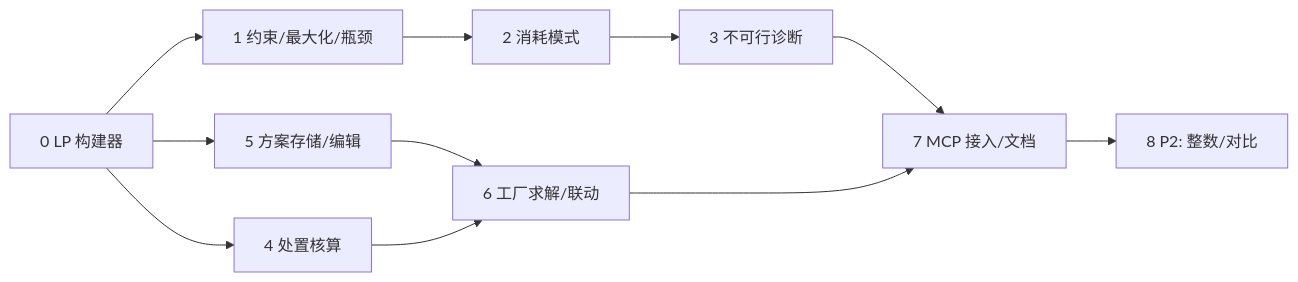
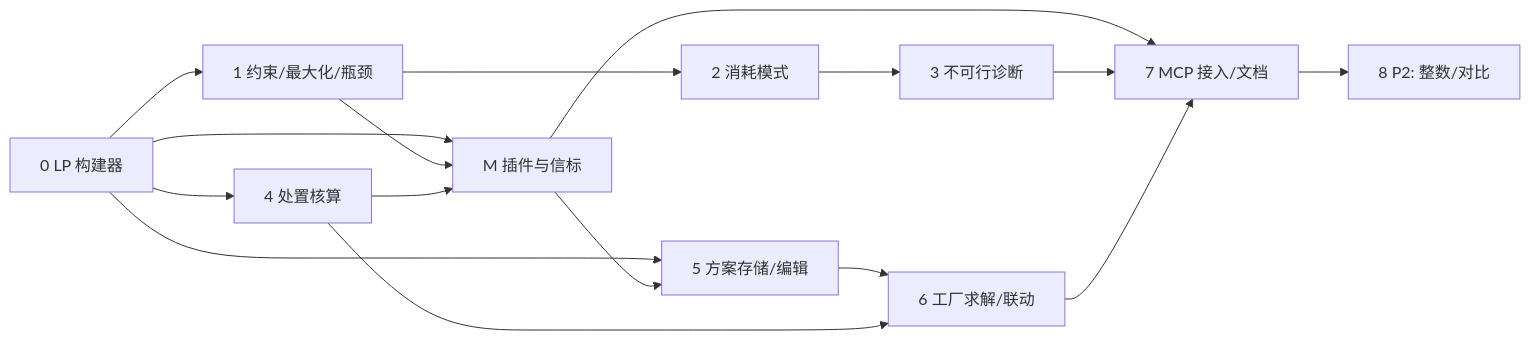
Before and after one commit to greenhat616/factorio-recipe-mcp: the diagram in docs/spec/2026-10-04-planner-modes-and-plans/tasks.md, drawn with Mermaid. The commit also changed other lines of this file and 2 other files, not shown here.

````diff
--- a/docs/spec/2026-10-04-planner-modes-and-plans/tasks.md
+++ b/docs/spec/2026-10-04-planner-modes-and-plans/tasks.md
@@ -122,13 +140,18 @@
 ```mermaid
 graph LR
   P0[0 LP 构建器] --> P1[1 约束/最大化/瓶颈]
   P1 --> P2[2 消耗模式]
   P2 --> P3[3 不可行诊断]
   P0 --> P4[4 处置核算]
   P0 --> P5[5 方案存储/编辑]
+  P0 --> PM[M 插件与信标]
+  P1 --> PM
+  P4 --> PM
+  PM --> P5
+  PM --> P7
   P5 --> P6[6 工厂求解/联动]
   P4 --> P6
   P3 --> P7[7 MCP 接入/文档]
   P6 --> P7
   P7 --> P8[8 P2: 整数/对比]
 ```
````
